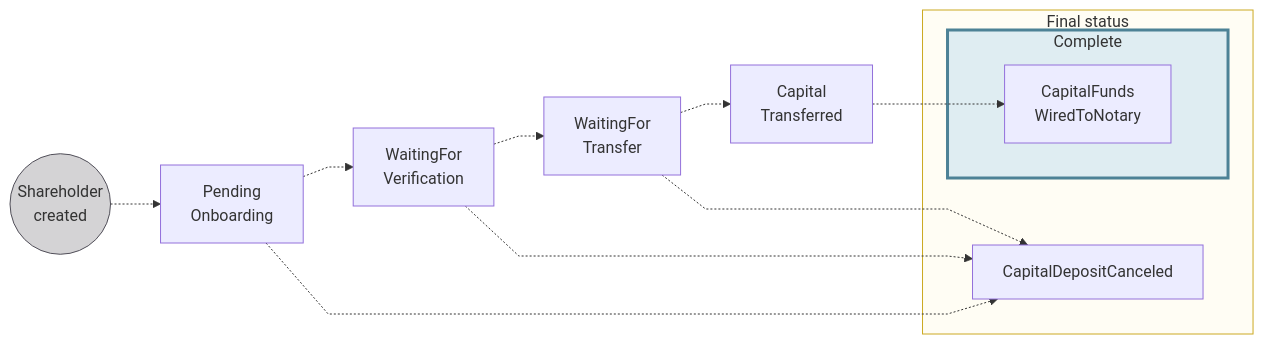
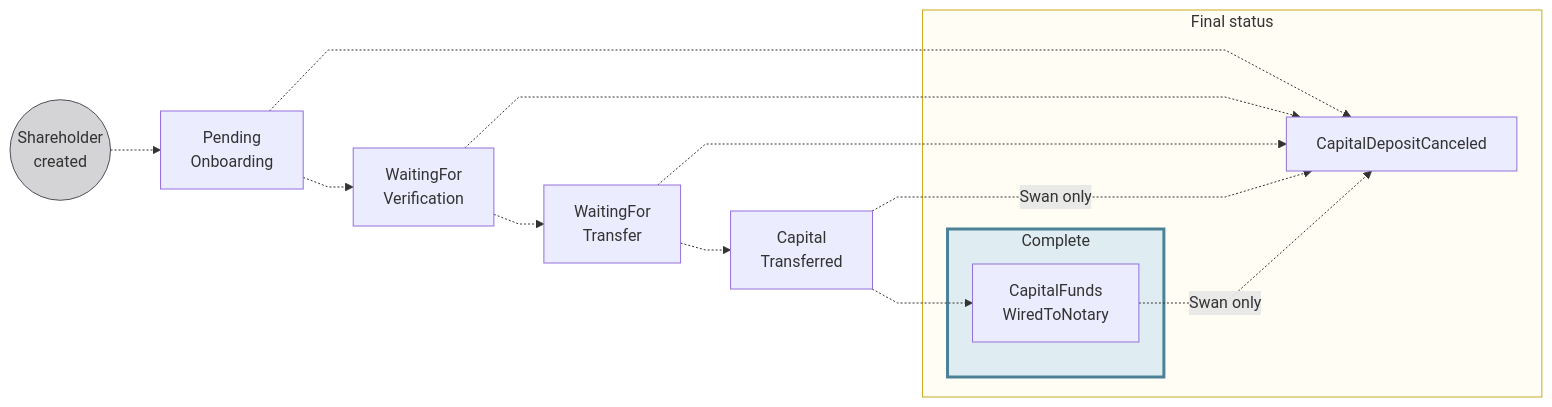
Before and after one commit to swan-io/docs: the second of 3 diagrams in docs/accounts/concepts/capital-deposits/statuses.mdx, drawn with Mermaid. The commit also changed other lines of this file, not shown here.

Commit message:
Show Swan-only shareholder cancelation paths

````diff
--- a/docs/accounts/concepts/capital-deposits/statuses.mdx
+++ b/docs/accounts/concepts/capital-deposits/statuses.mdx
@@ -68,22 +68,24 @@
 ```mermaid
 %%{ init: { 'flowchart': { 'curve': 'linear' } } }%%
 flowchart LR
     SC((Shareholder<br/>created)) -.-> P[Pending<br/>Onboarding]
     P -.-> WV[WaitingFor<br/>Verification]
     WV -.-> WT[WaitingFor<br/>Transfer]
     WT -.-> CT[Capital<br/>Transferred]
     CT -.-> CN[CapitalFunds<br/>WiredToNotary]
     P -.-> CDC[CapitalDepositCanceled]
     WV -.-> CDC
     WT -.-> CDC
+    CT -.->|Swan only| CDC
+    CN -.->|Swan only| CDC
     subgraph COM[Complete]
         CN
     end
     subgraph F[Final status]
         CDC
         COM
     end
     style SC fill:#D4D3D5,stroke:#514F59
     style COM fill:#dfedf2,stroke:#4d8296,stroke-width:3px
     style F fill:#fffdf4,stroke:#cca922
 ```
````
